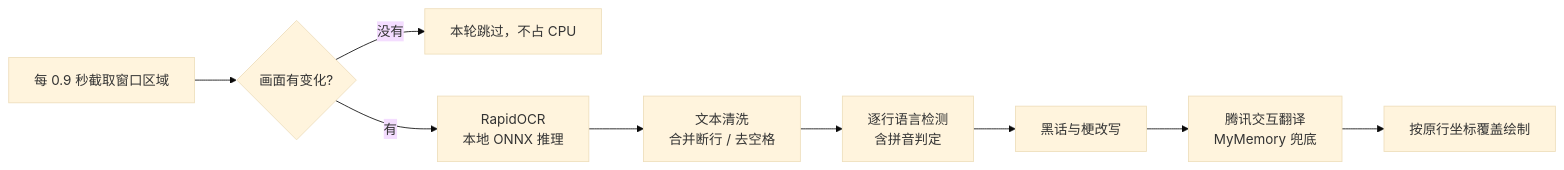
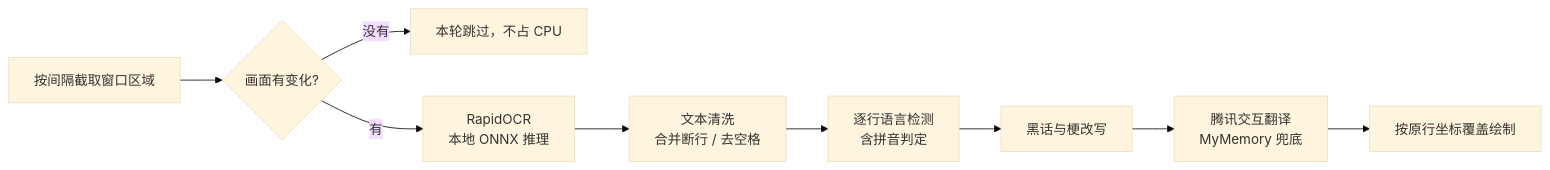
The diagram in README.md (sosa6697/translation-tools), drawn with Mermaid (base theme) before and after one commit. The commit also changed other lines of this file and 1 other file, not shown here.

````diff
--- a/README.md
+++ b/README.md
@@ -155,11 +159,11 @@
 ```mermaid
 flowchart LR
-    A[每 0.9 秒截取窗口区域] --> H{画面有变化?}
+    A[按间隔截取窗口区域] --> H{画面有变化?}
     H -- 没有 --> X[本轮跳过，不占 CPU]
     H -- 有 --> B[RapidOCR<br>本地 ONNX 推理]
     B --> C[文本清洗<br>合并断行 / 去空格]
     C --> D[逐行语言检测<br>含拼音判定]
     D --> E[黑话与梗改写]
     E --> F[腾讯交互翻译<br>MyMemory 兜底]
     F --> G[按原行坐标覆盖绘制]
 ```
````
